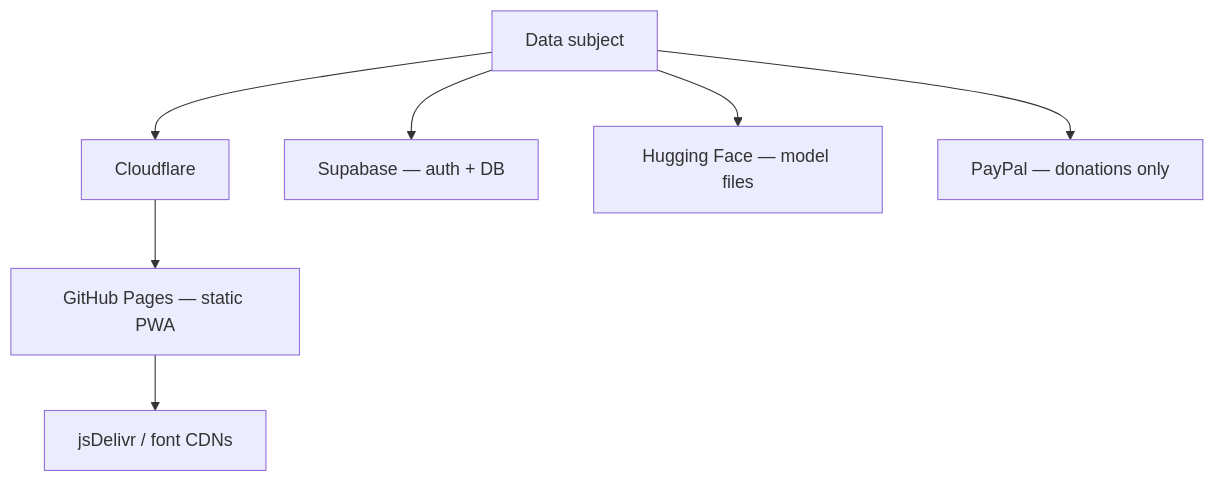
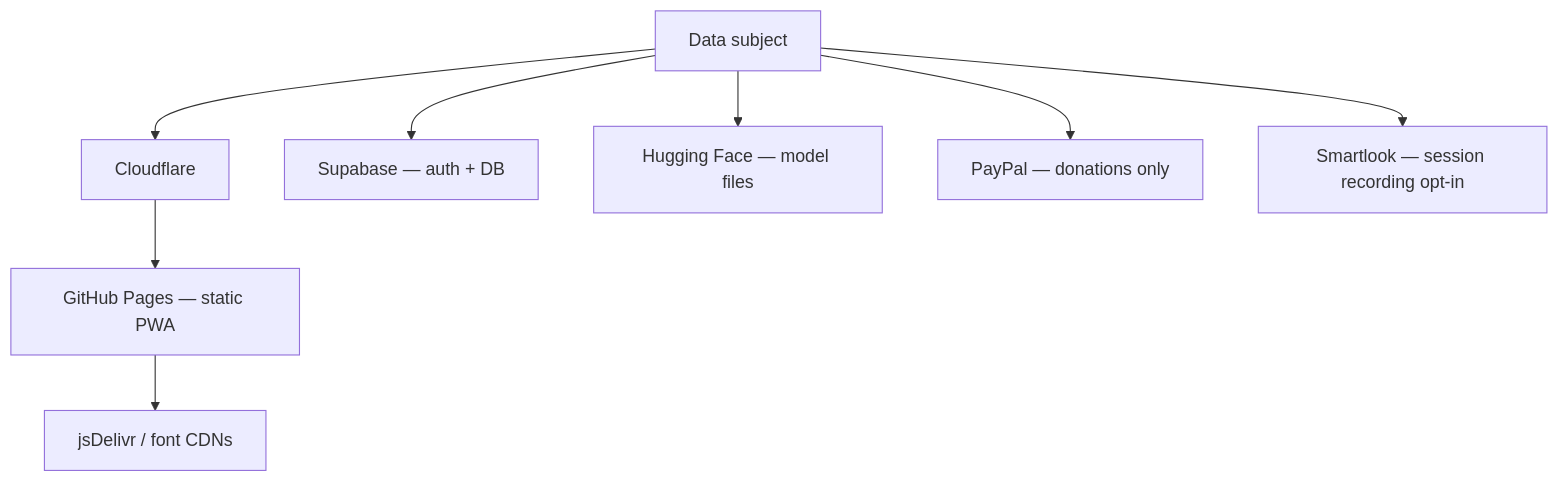
Before and after one commit to Metaheurist/Rianell: the diagram in docs/privacy/subprocessors.md, drawn with Mermaid. The commit also changed other lines of this file and 49 other files, not shown here.

First line of the commit message:
Fix PWA boot black screen and add opt-in Smartlook session recording.

````diff
--- a/docs/privacy/subprocessors.md
+++ b/docs/privacy/subprocessors.md
@@ -44,10 +45,11 @@
 ```mermaid
 flowchart TB
   User[Data subject]
   User --> CF[Cloudflare]
   CF --> GHP[GitHub Pages — static PWA]
   User --> SB[Supabase — auth + DB]
   User --> HF[Hugging Face — model files]
   User --> PP[PayPal — donations only]
+  User --> SL[Smartlook — session recording opt-in]
   GHP --> CDN[jsDelivr / font CDNs]
 ```
````
